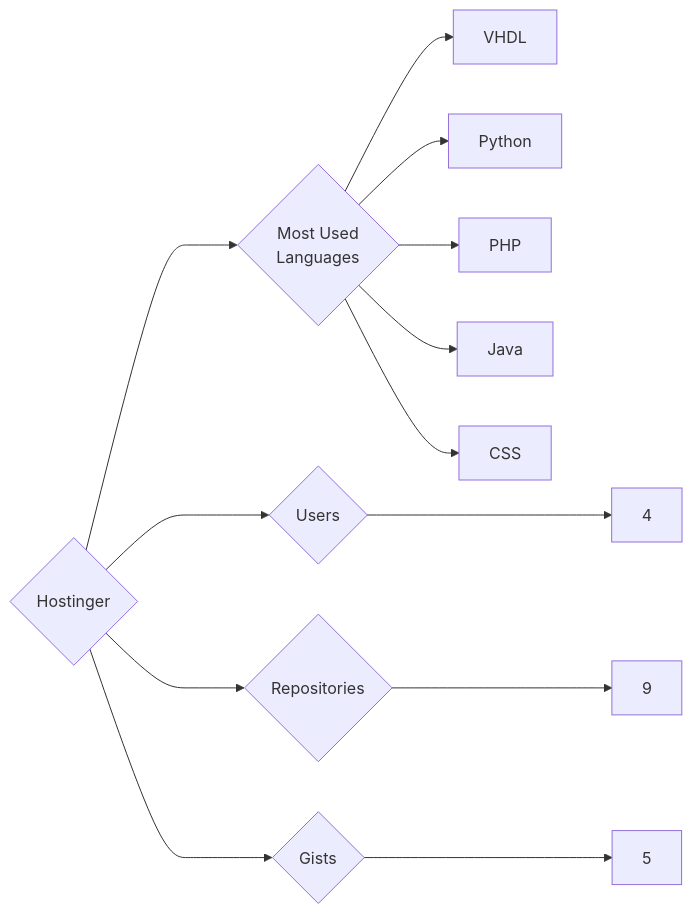
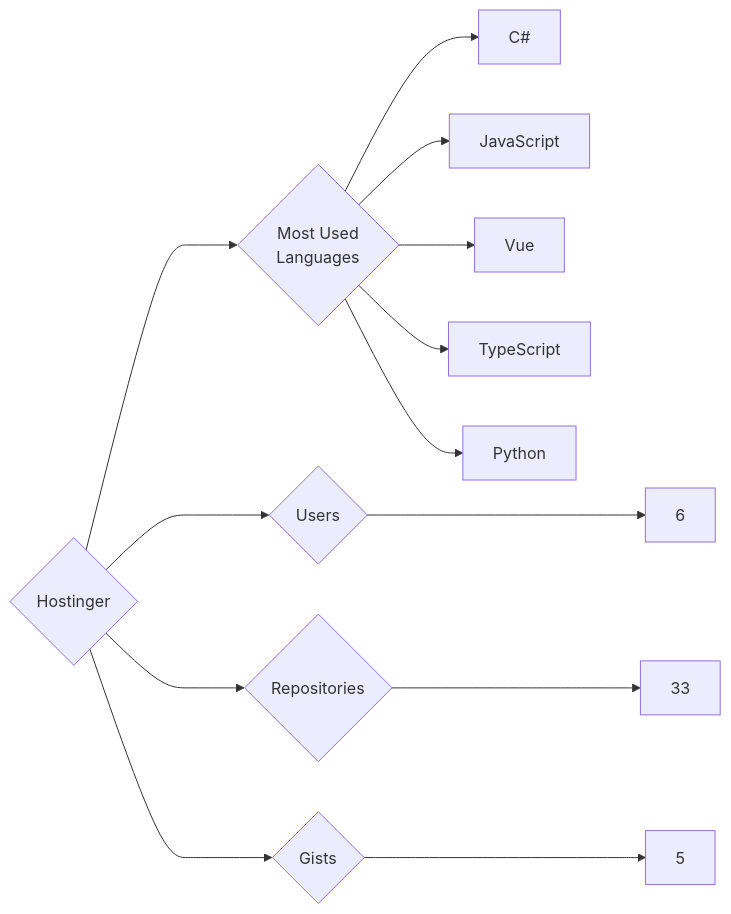
The diagram in targets/Hostinger/README.md (trickest/insiders), drawn with Mermaid before and after one commit. The commit also changed 1167 other files, not shown here.

````diff
--- a/targets/Hostinger/README.md
+++ b/targets/Hostinger/README.md
@@ -3,13 +3,13 @@
 ```mermaid
 graph LR
 COMPANY_NAME{Hostinger}
-COMPANY_NAME ---> U{Users} ---> UN[4]
-COMPANY_NAME ---> R{Repositories} ---> RN[9]
+COMPANY_NAME ---> U{Users} ---> UN[6]
+COMPANY_NAME ---> R{Repositories} ---> RN[33]
 COMPANY_NAME ---> G{Gists} ---> GN[5]
 COMPANY_NAME ---> ML{Most Used<br>Languages}
-ML --> VHDL[VHDL]
+ML --> C#[C#]
+ML --> JavaScript[JavaScript]
+ML --> Vue[Vue]
+ML --> TypeScript[TypeScript]
 ML --> Python[Python]
-ML --> PHP[PHP]
-ML --> Java[Java]
-ML --> CSS[CSS]
 ```
````
